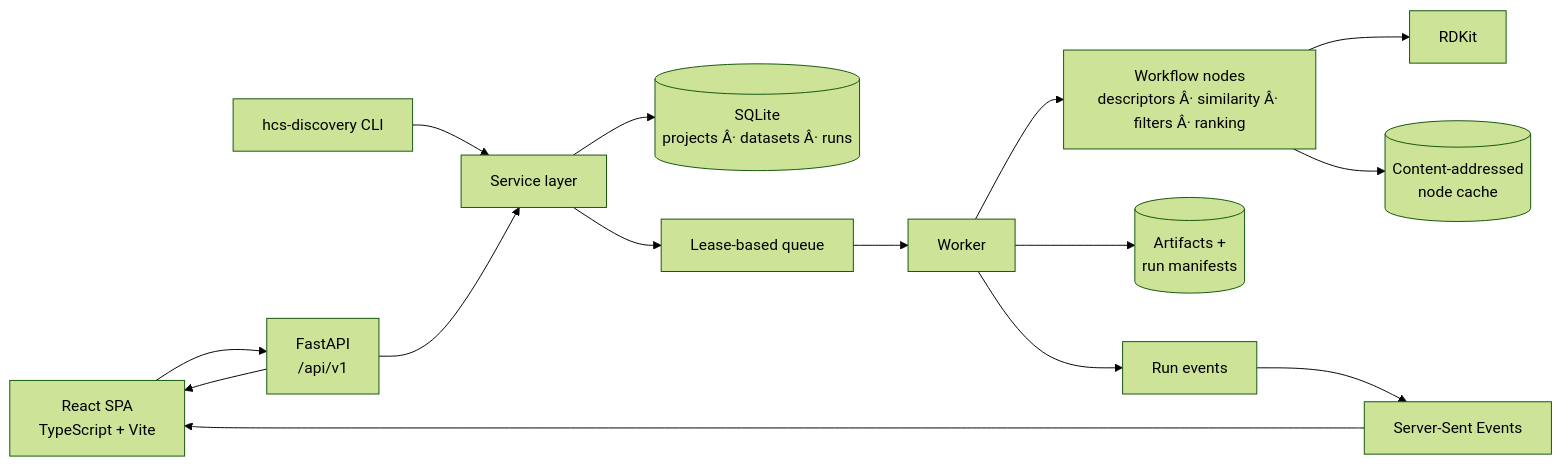
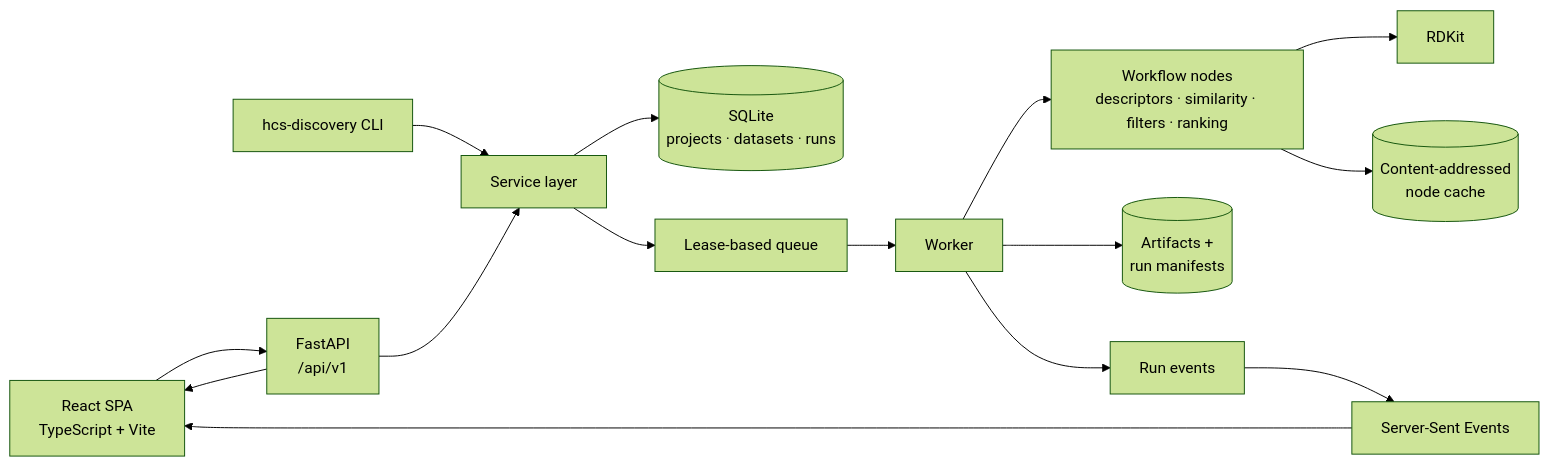
The diagram in README.md (timfromhcs/hcs-discovery-studio), drawn with Mermaid (forest theme) before and after one commit. The commit also changed other lines of this file and 18 other files, not shown here.

````diff
--- a/README.md
+++ b/README.md
@@ -191,17 +191,17 @@
 ```mermaid
 flowchart LR
     UI["React SPA<br/>TypeScript + Vite"] --> API["FastAPI<br/>/api/v1"]
     CLI["hcs-discovery CLI"] --> SVC["Service layer"]
     API --> SVC
-    SVC --> DB[("SQLite<br/>projects Â· datasets Â· runs")]
+    SVC --> DB[("SQLite<br/>projects · datasets · runs")]
     SVC --> Q["Lease-based queue"]
     Q --> W["Worker"]
-    W --> N["Workflow nodes<br/>descriptors Â· similarity Â· filters Â· ranking"]
+    W --> N["Workflow nodes<br/>descriptors · similarity · filters · ranking"]
     N --> RDKIT["RDKit"]
     N --> CACHE[("Content-addressed<br/>node cache")]
     W --> ART[("Artifacts +<br/>run manifests")]
     W --> EV["Run events"]
     EV --> SSE["Server-Sent Events"]
     SSE --> UI
     API --> UI
 ```
````
